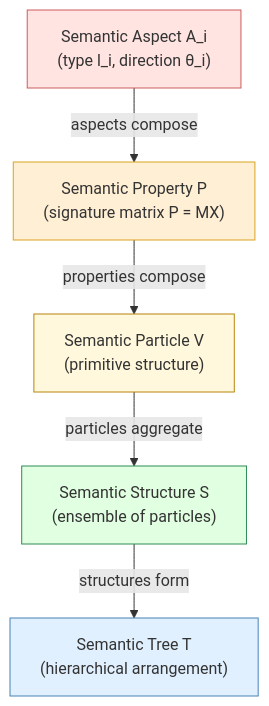
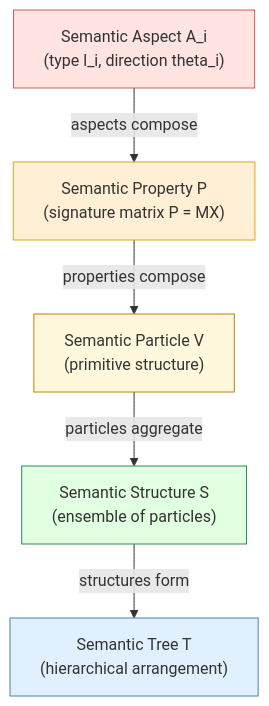
Before and after one commit to dimitarpg13/semantic_simulation: the sixth of 8 diagrams in docs/Hidden_States_Semantic_Tube_Geodesics_and_Semantic_Structures.md, drawn with Mermaid. The commit also changed other lines of this file and 28 other files, not shown here.

````diff
--- a/docs/Hidden_States_Semantic_Tube_Geodesics_and_Semantic_Structures.md
+++ b/docs/Hidden_States_Semantic_Tube_Geodesics_and_Semantic_Structures.md
@@ -291,19 +291,19 @@
 ```mermaid
 graph TD
-    A["Semantic Aspect A_i<br>(type l_i, direction θ_i)"]
+    A["Semantic Aspect A_i<br>(type l_i, direction theta_i)"]
     P["Semantic Property P<br>(signature matrix P = MX)"]
     V["Semantic Particle V<br>(primitive structure)"]
     S["Semantic Structure S<br>(ensemble of particles)"]
     T["Semantic Tree T<br>(hierarchical arrangement)"]
 
     A -->|"aspects compose"| P
     P -->|"properties compose"| V
     V -->|"particles aggregate"| S
     S -->|"structures form"| T
 
     style A fill:#ffe4e1,stroke:#cd5c5c
     style P fill:#ffefd5,stroke:#daa520
     style V fill:#fff8dc,stroke:#b8860b
     style S fill:#e1ffe1,stroke:#2e8b57
     style T fill:#e1f0ff,stroke:#4682b4
 ```
````
